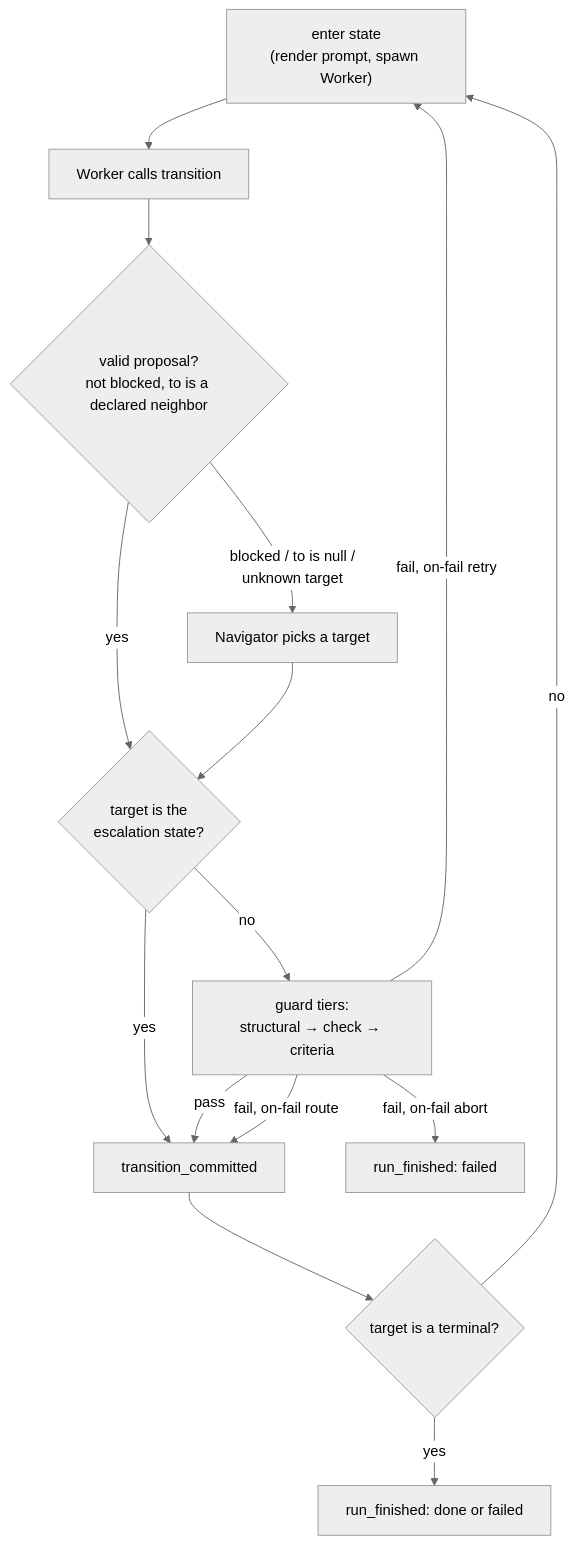
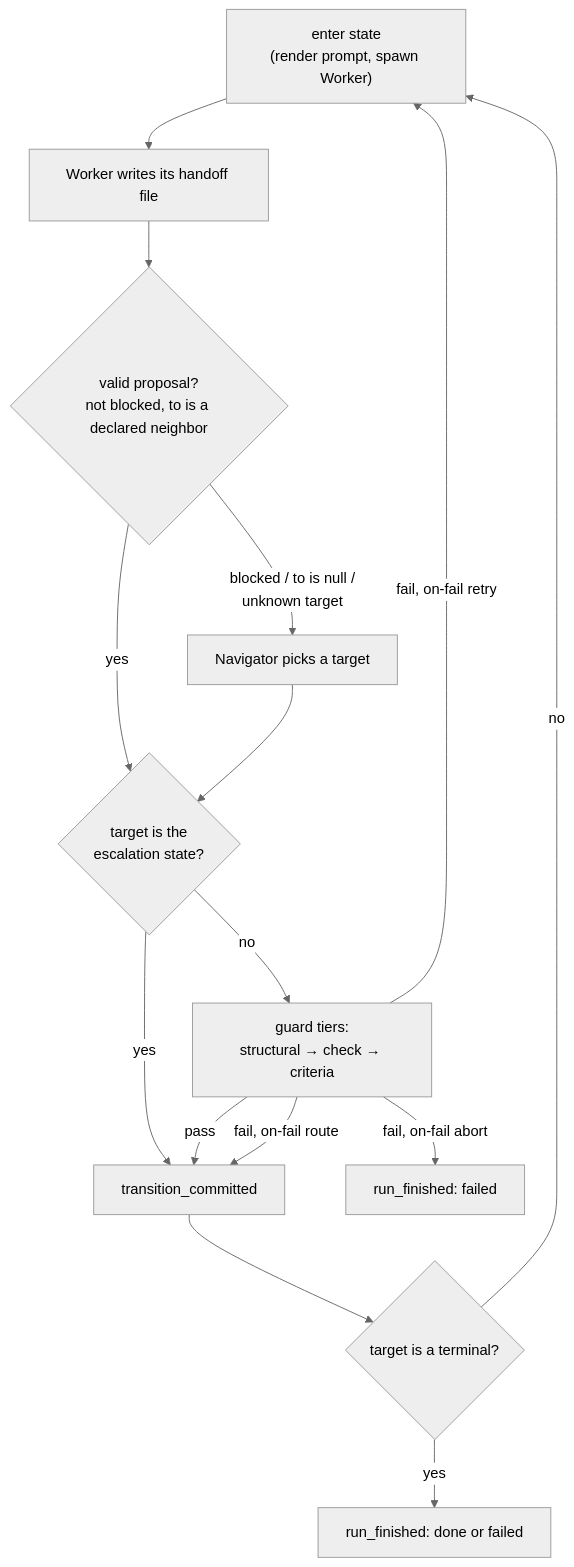
Before and after one commit to dfontana/loop: the diagram in docs/02-how-it-works.md, drawn with Mermaid (neutral theme). The commit also changed other lines of this file and 40 other files, not shown here.

````diff
--- a/docs/02-how-it-works.md
+++ b/docs/02-how-it-works.md
@@ -17,17 +17,17 @@
 ```mermaid
 flowchart TD
-    A["enter state<br/>(render prompt, spawn Worker)"] --> B["Worker calls transition"]
+    A["enter state<br/>(render prompt, spawn Worker)"] --> B["Worker writes its handoff file"]
     B --> C{"valid proposal?<br/>not blocked, to is a declared neighbor"}
     C -->|yes| D{"target is the<br/>escalation state?"}
     C -->|"blocked / to is null /<br/>unknown target"| N["Navigator picks a target"]
     N --> D
     D -->|yes| K["transition_committed"]
     D -->|no| G["guard tiers:<br/>structural → check → criteria"]
     G -->|pass| K
     G -->|"fail, on-fail retry"| A
     G -->|"fail, on-fail route"| K
     G -->|"fail, on-fail abort"| X["run_finished: failed"]
     K --> Y{"target is a terminal?"}
     Y -->|no| A
     Y -->|yes| Z["run_finished: done or failed"]
 ```
````
